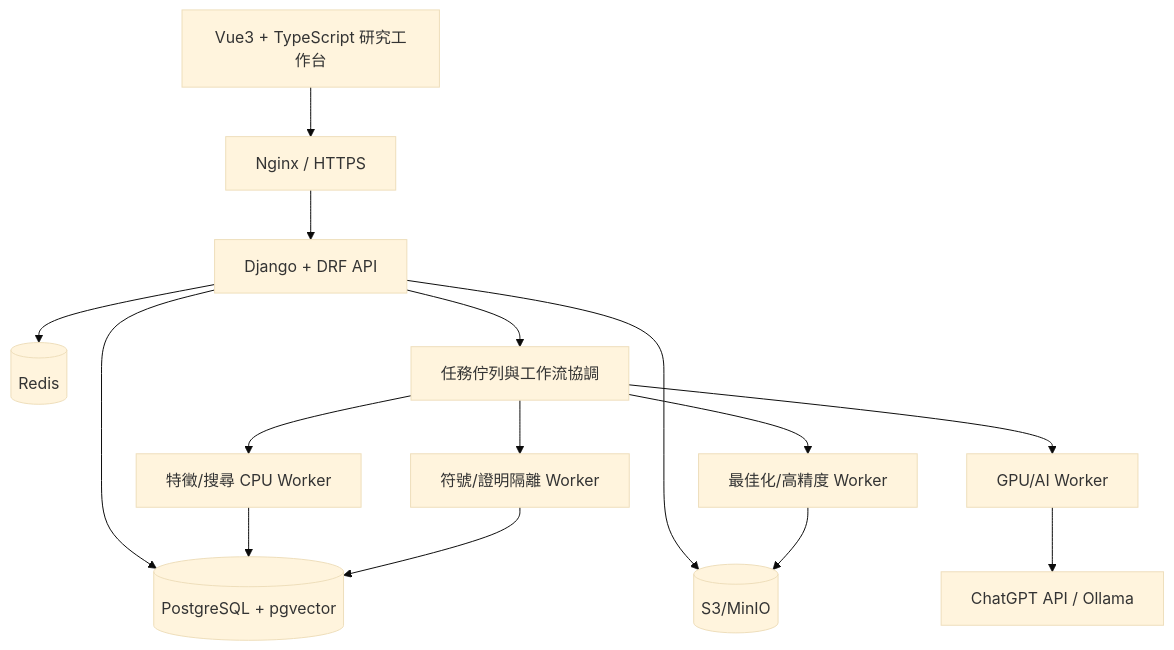
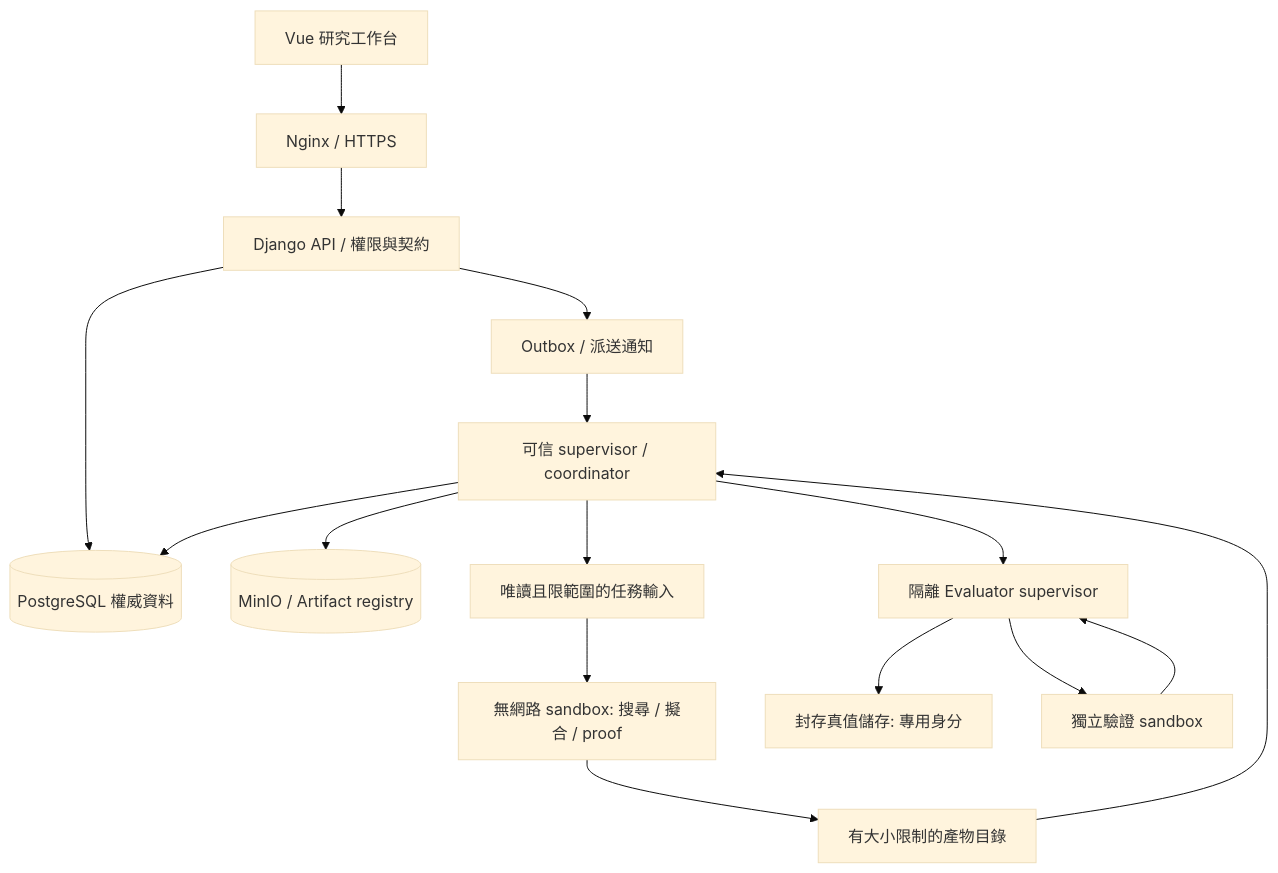
One commit to lovenovel0618/AXIOM changed the diagram in docs/03-架構/06-總體技術架構.md. Above: the diagram before and after it, drawn with Mermaid (base theme). The commit also changed other lines of this file and 67 other files, not shown here.

````diff
--- a/docs/03-架構/06-總體技術架構.md
+++ b/docs/03-架構/06-總體技術架構.md
@@ -13,17 +13,18 @@
 ```mermaid
-flowchart TB
- U[Vue3 + TypeScript 研究工作台]-->N[Nginx / HTTPS]
- N-->D[Django + DRF API]
- D-->PG[(PostgreSQL + pgvector)]
- D-->R[(Redis)]
- D-->S[(S3/MinIO)]
- D-->Q[任務佇列與工作流協調]
- Q-->W1[特徵/搜尋 CPU Worker]
- Q-->W2[最佳化/高精度 Worker]
- Q-->W3[GPU/AI Worker]
- Q-->W4[符號/證明隔離 Worker]
- W3-->LLM[ChatGPT API / Ollama]
- W1-->PG
- W2-->S
- W4-->PG
+flowchart TD
+ U[Vue 研究工作台] --> N[Nginx / HTTPS]
+ N --> API[Django API / 權限與契約]
+ API --> DB[(PostgreSQL 權威資料)]
+ API --> Q[Outbox / 派送通知]
+ Q --> SUP[可信 supervisor / coordinator]
+ SUP --> DB
+ SUP --> OBJ[(MinIO / Artifact registry)]
+ SUP --> IN[唯讀且限範圍的任務輸入]
+ IN --> SB[無網路 sandbox: 搜尋 / 擬合 / proof]
+ SB --> OUT[有大小限制的產物目錄]
+ OUT --> SUP
+ SUP --> EV[隔離 Evaluator supervisor]
+ EV --> ET[封存真值儲存: 專用身分]
+ EV --> ESB[獨立驗證 sandbox]
+ ESB --> EV
 ```
````
